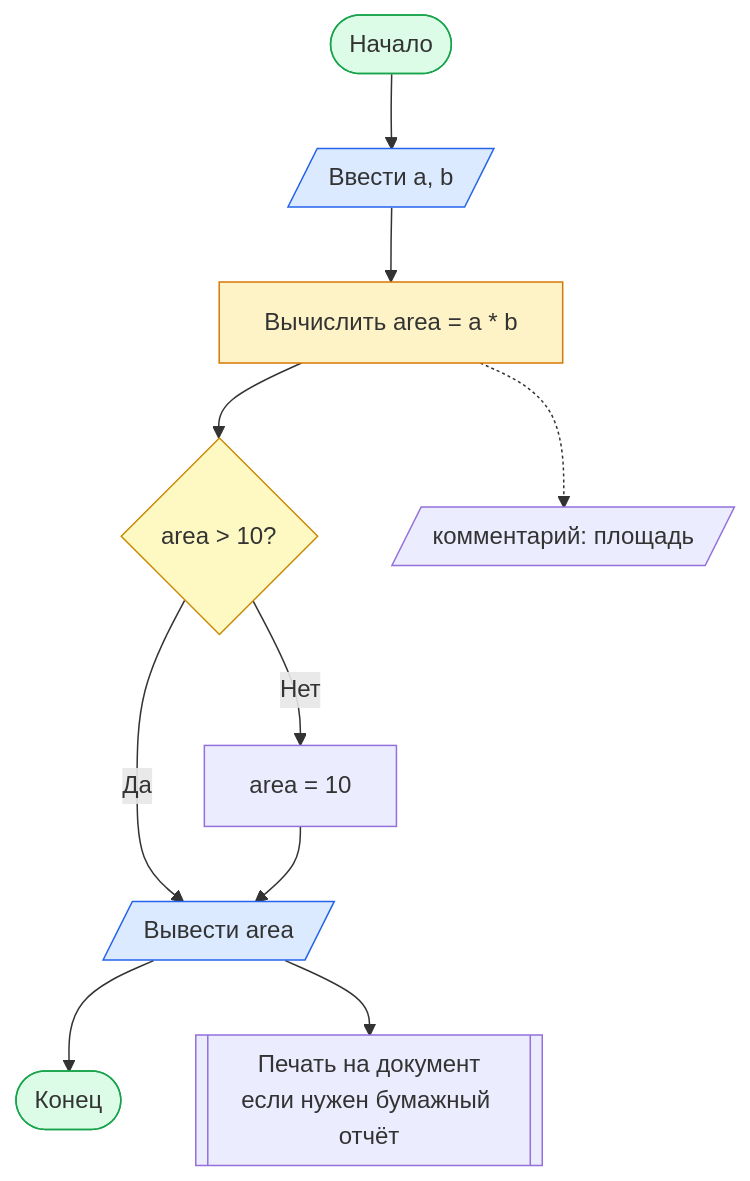
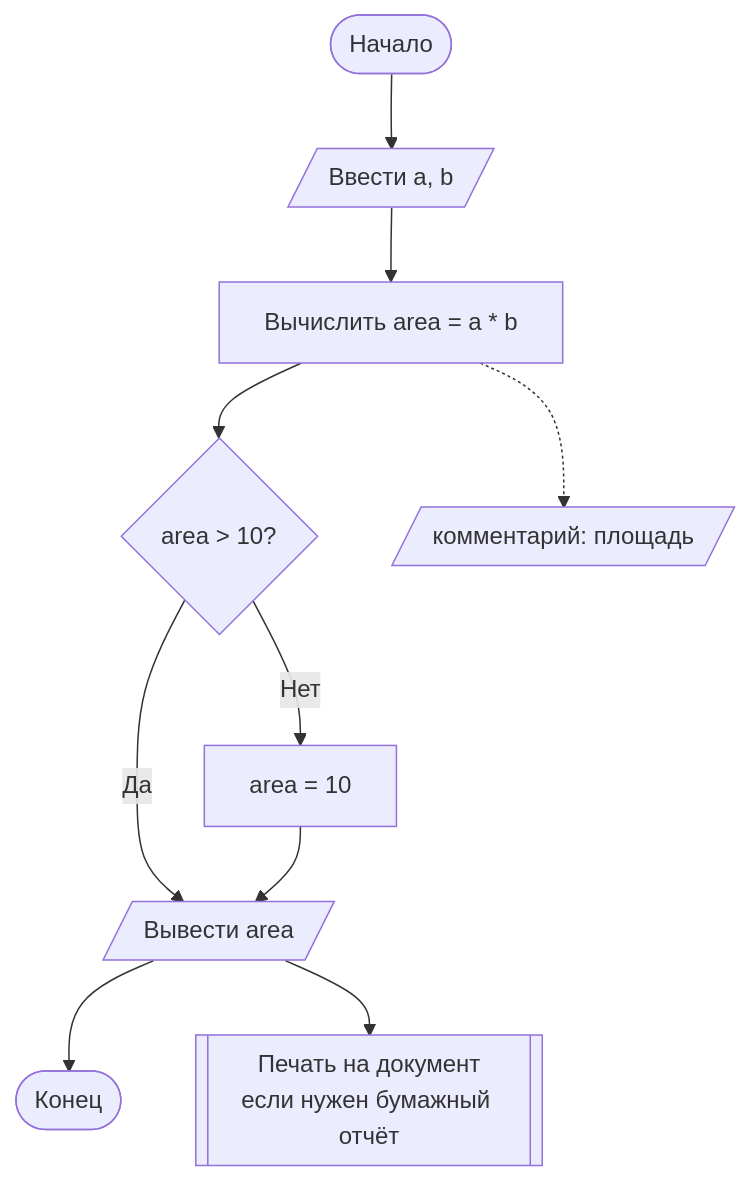
One commit to JayStorm228/College changed the diagram in 01_Дисциплины/02_Основы_Алгоритмизации_и_Программирования/01. Алгоритмы и Python/01_Лекции/01. Основы алгоритмизации.md. Above: the diagram before and after it, drawn with Mermaid. The commit also changed 30 other files, not shown here.

First line of the commit message:
переименование NumPy лекций под академические заголовки + стандартные диаграммы

````diff
--- a/01_Дисциплины/02_Основы_Алгоритмизации_и_Программирования/01. Алгоритмы и Python/01_Лекции/01. Основы алгоритмизации.md
+++ b/01_Дисциплины/02_Основы_Алгоритмизации_и_Программирования/01. Алгоритмы и Python/01_Лекции/01. Основы алгоритмизации.md
@@ -148,18 +148,12 @@
 ```mermaid
 flowchart TD
     Start([Начало]) --> In[/Ввести a, b/]
     In --> Proc[Вычислить area = a * b]
     Proc --> Cond{area > 10?}
     Cond -- Да --> Out[/Вывести area/]
     Cond -- Нет --> Fix[area = 10]
     Fix --> Out
     Out --> Finish([Конец])
     Out --> Doc[[Печать на документ<br>если нужен бумажный отчёт]]
     Proc -.-> Comment[/комментарий: площадь/]
-    style Start fill:#dcfce7,stroke:#16a34a
-    style Finish fill:#dcfce7,stroke:#16a34a
-    style In fill:#dbeafe,stroke:#2563eb
-    style Out fill:#dbeafe,stroke:#2563eb
-    style Cond fill:#fef9c3,stroke:#ca8a04
-    style Proc fill:#fef3c7,stroke:#d97706
 ```
````
